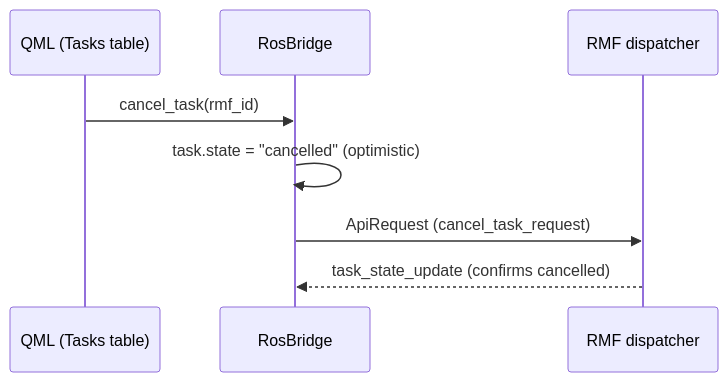
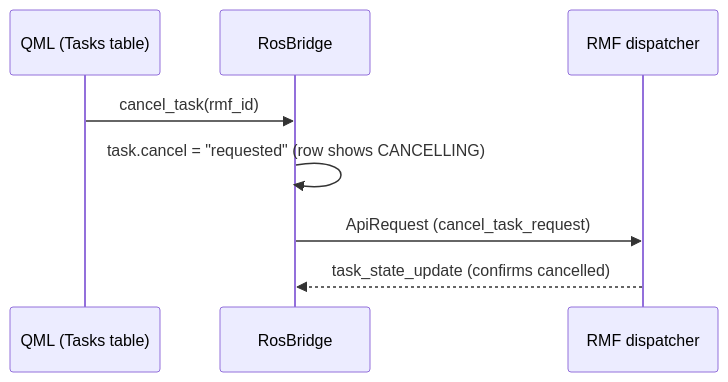
One commit to NhatTran-97/eiu-vda5050-support-open-rmf changed the fifth of 6 diagrams in eiu_fleet_ui/docs/architecture.md. Above: the diagram before and after it, drawn with Mermaid. The commit also changed other lines of this file and 23 other files, not shown here.

````diff
--- a/eiu_fleet_ui/docs/architecture.md
+++ b/eiu_fleet_ui/docs/architecture.md
@@ -210,11 +186,11 @@
 ```mermaid
 sequenceDiagram
     participant Q as QML (Tasks table)
     participant RB as RosBridge
     participant RMF as RMF dispatcher
 
     Q->>RB: cancel_task(rmf_id)
-    RB->>RB: task.state = "cancelled" (optimistic)
+    RB->>RB: task.cancel = "requested" (row shows CANCELLING)
     RB->>RMF: ApiRequest (cancel_task_request)
     RMF-->>RB: task_state_update (confirms cancelled)
 ```
````
